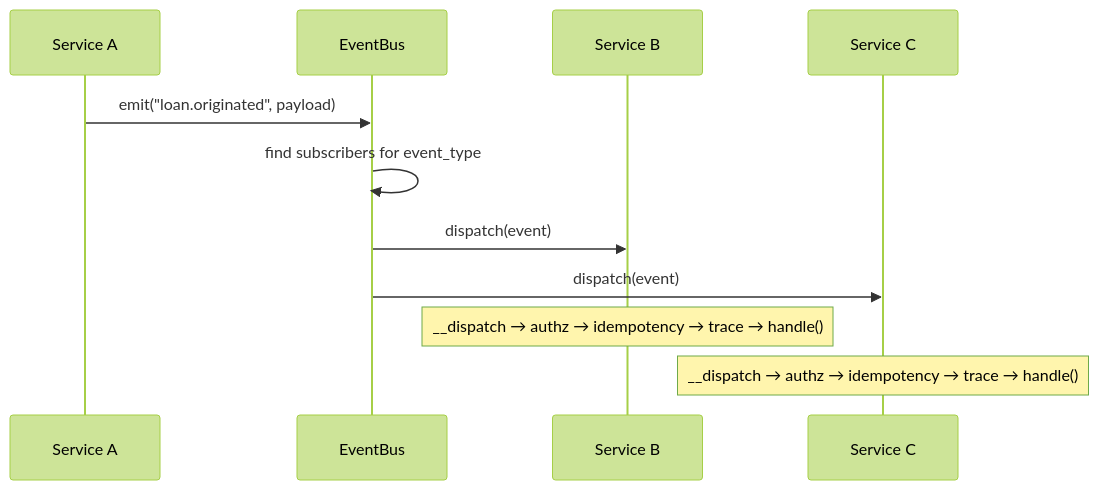
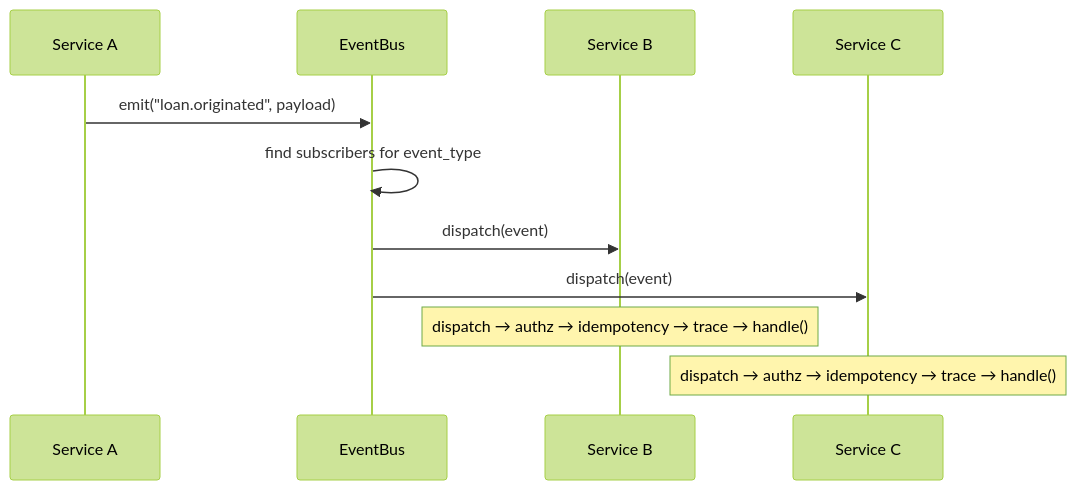
The second of 5 diagrams in docs/architecture.md (sachn-cs/unsecured-lending-underwriting), drawn with Mermaid (forest theme) before and after one commit. The commit also changed other lines of this file, not shown here.

````diff
--- a/docs/architecture.md
+++ b/docs/architecture.md
@@ -77,14 +77,14 @@
 ```mermaid
 sequenceDiagram
     participant A as Service A
     participant Bus as EventBus
     participant B as Service B
     participant C as Service C
 
     A->>Bus: emit("loan.originated", payload)
     Bus->>Bus: find subscribers for event_type
     Bus->>B: dispatch(event)
     Bus->>C: dispatch(event)
-    Note over B: __dispatch → authz → idempotency → trace → handle()
-    Note over C: __dispatch → authz → idempotency → trace → handle()
+    Note over B: dispatch → authz → idempotency → trace → handle()
+    Note over C: dispatch → authz → idempotency → trace → handle()
 ```
````
